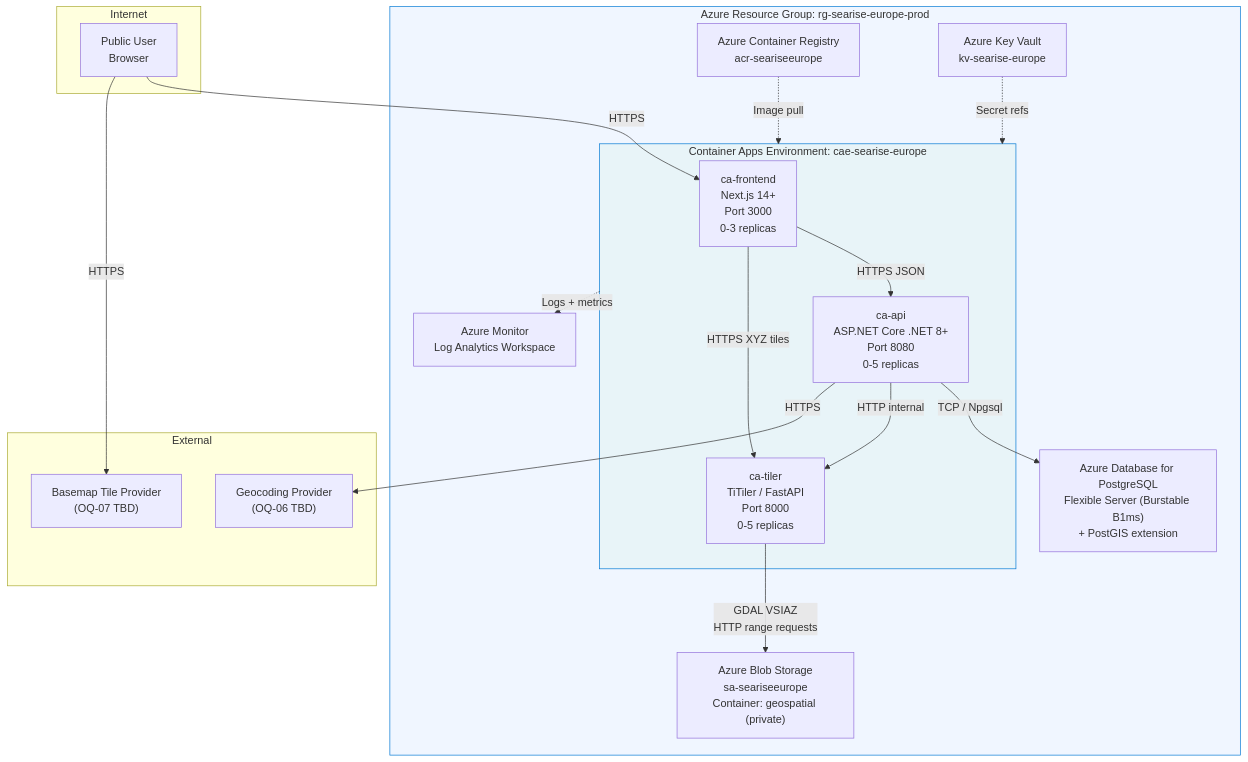
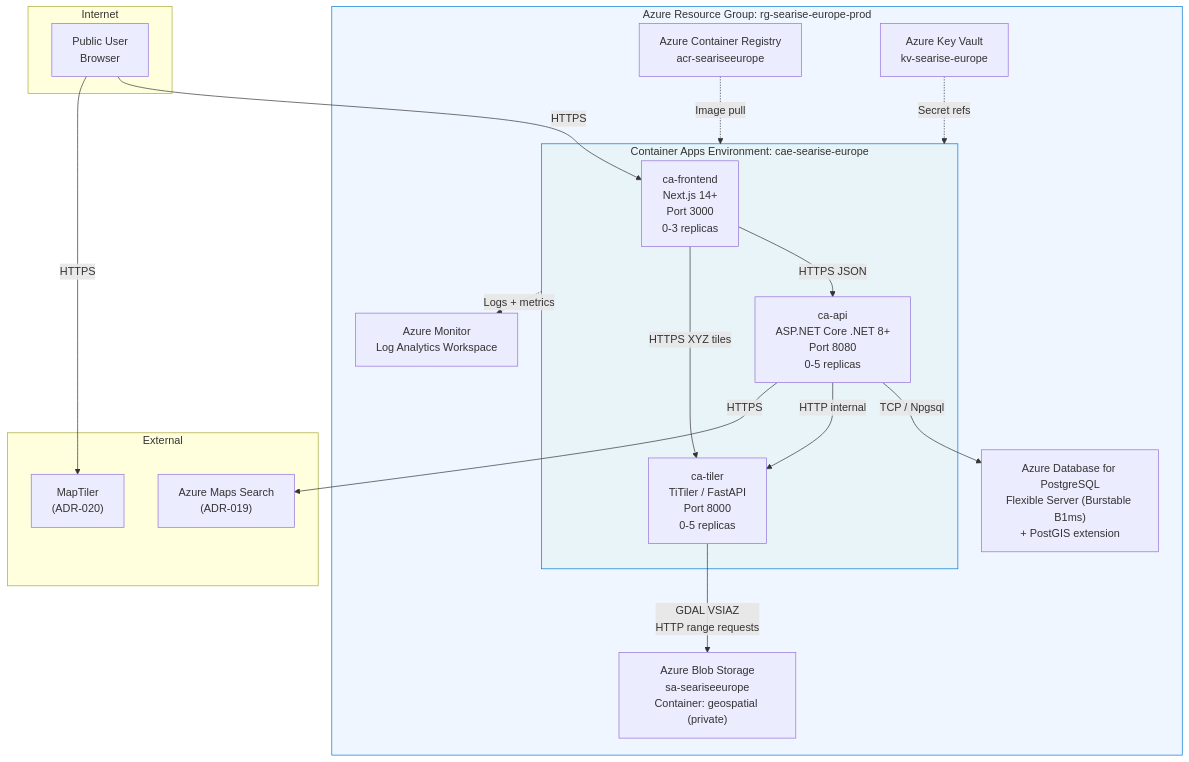
Before and after one commit to artemsemdev/SeaRise-Europe: diagram 11 of 13 in docs/architecture/18-uml-system-architecture.md, drawn with Mermaid. The commit also changed other lines of this file and 20 other files, not shown here.

````diff
--- a/docs/architecture/18-uml-system-architecture.md
+++ b/docs/architecture/18-uml-system-architecture.md
@@ -693,40 +693,40 @@
 ```mermaid
 graph TB
     subgraph Internet
         User[Public User<br/>Browser]
     end
 
     subgraph Azure["Azure Resource Group: rg-searise-europe-prod"]
         subgraph CAE["Container Apps Environment: cae-searise-europe"]
             FE["ca-frontend<br/>Next.js 14+<br/>Port 3000<br/>0-3 replicas"]
             API["ca-api<br/>ASP.NET Core .NET 8+<br/>Port 8080<br/>0-5 replicas"]
             TL["ca-tiler<br/>TiTiler / FastAPI<br/>Port 8000<br/>0-5 replicas"]
         end
 
         PG["Azure Database for PostgreSQL<br/>Flexible Server (Burstable B1ms)<br/>+ PostGIS extension"]
         BLOB["Azure Blob Storage<br/>sa-seariseeurope<br/>Container: geospatial (private)"]
         ACR["Azure Container Registry<br/>acr-seariseeurope"]
         KV["Azure Key Vault<br/>kv-searise-europe"]
         MON["Azure Monitor<br/>Log Analytics Workspace"]
     end
 
     subgraph External
-        GEO["Geocoding Provider<br/>(OQ-06 TBD)"]
-        BASE["Basemap Tile Provider<br/>(OQ-07 TBD)"]
+        GEO["Azure Maps Search<br/>(ADR-019)"]
+        BASE["MapTiler<br/>(ADR-020)"]
     end
 
     User -->|HTTPS| FE
     User -->|HTTPS| BASE
     FE -->|HTTPS JSON| API
     FE -->|HTTPS XYZ tiles| TL
     API -->|TCP / Npgsql| PG
     API -->|HTTP internal| TL
     API -->|HTTPS| GEO
     TL -->|GDAL VSIAZ<br/>HTTP range requests| BLOB
     ACR -.->|Image pull| CAE
     KV -.->|Secret refs| CAE
     CAE -.->|Logs + metrics| MON
 
     style CAE fill:#e8f4f8,stroke:#0078d4
     style Azure fill:#f0f6ff,stroke:#0078d4
 ```
````
